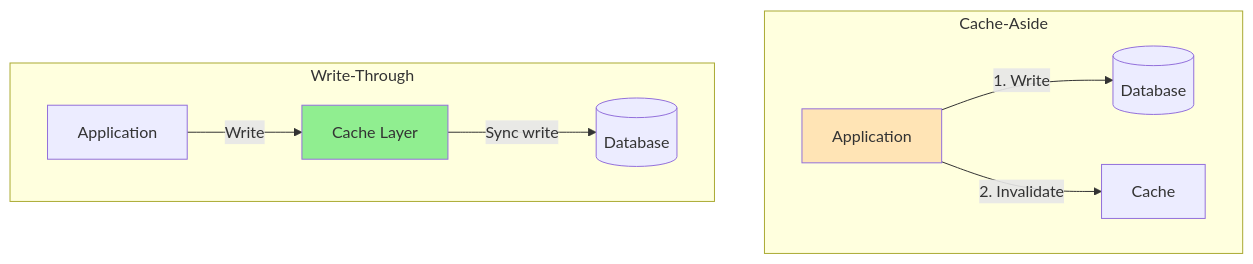
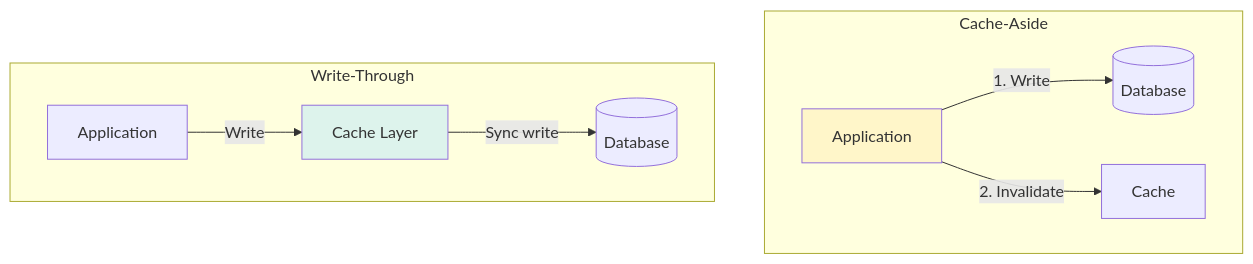
One commit to cartmancodes/InterviewVault changed diagram 17 of 47 in LLD/CoreConcepts/Caching.md. Above: the diagram before and after it, drawn with Mermaid. The commit also changed other lines of this file and 679 other files, not shown here.

Commit message:
Unify content diagrams and add accessible visual walkthroughs

````diff
--- a/LLD/CoreConcepts/Caching.md
+++ b/LLD/CoreConcepts/Caching.md
@@ -509,23 +509,23 @@
 ```mermaid
 graph TB
     subgraph "Cache-Aside"
         CA_APP[Application]
         CA_CACHE[Cache]
         CA_DB[(Database)]
         
         CA_APP -->|1. Write| CA_DB
         CA_APP -->|2. Invalidate| CA_CACHE
     end
     
     subgraph "Write-Through"
         WT_APP[Application]
         WT_CACHE[Cache Layer]
         WT_DB[(Database)]
         
         WT_APP -->|Write| WT_CACHE
         WT_CACHE -->|Sync write| WT_DB
     end
     
-    style CA_APP fill:#FFE4B5
-    style WT_CACHE fill:#90EE90
+    style CA_APP fill:#FFF6C9
+    style WT_CACHE fill:#DDF3EC
 ```
````
